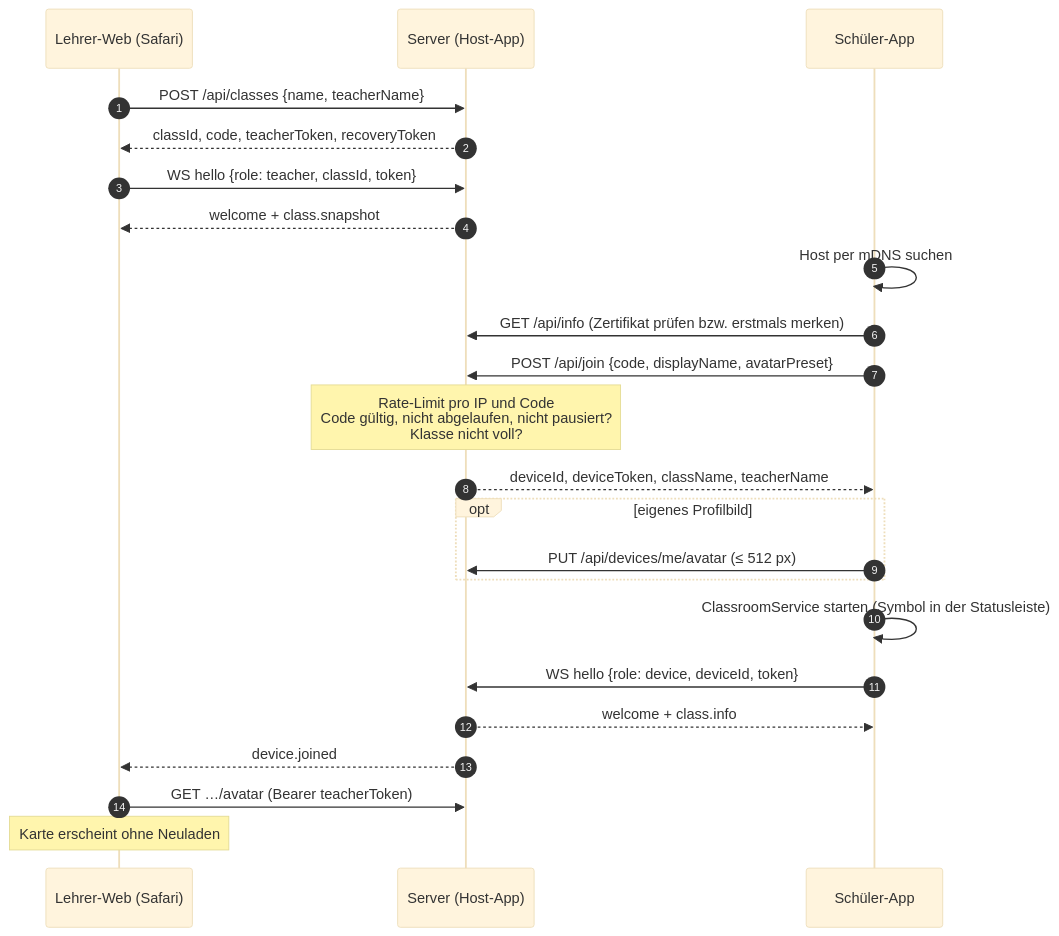
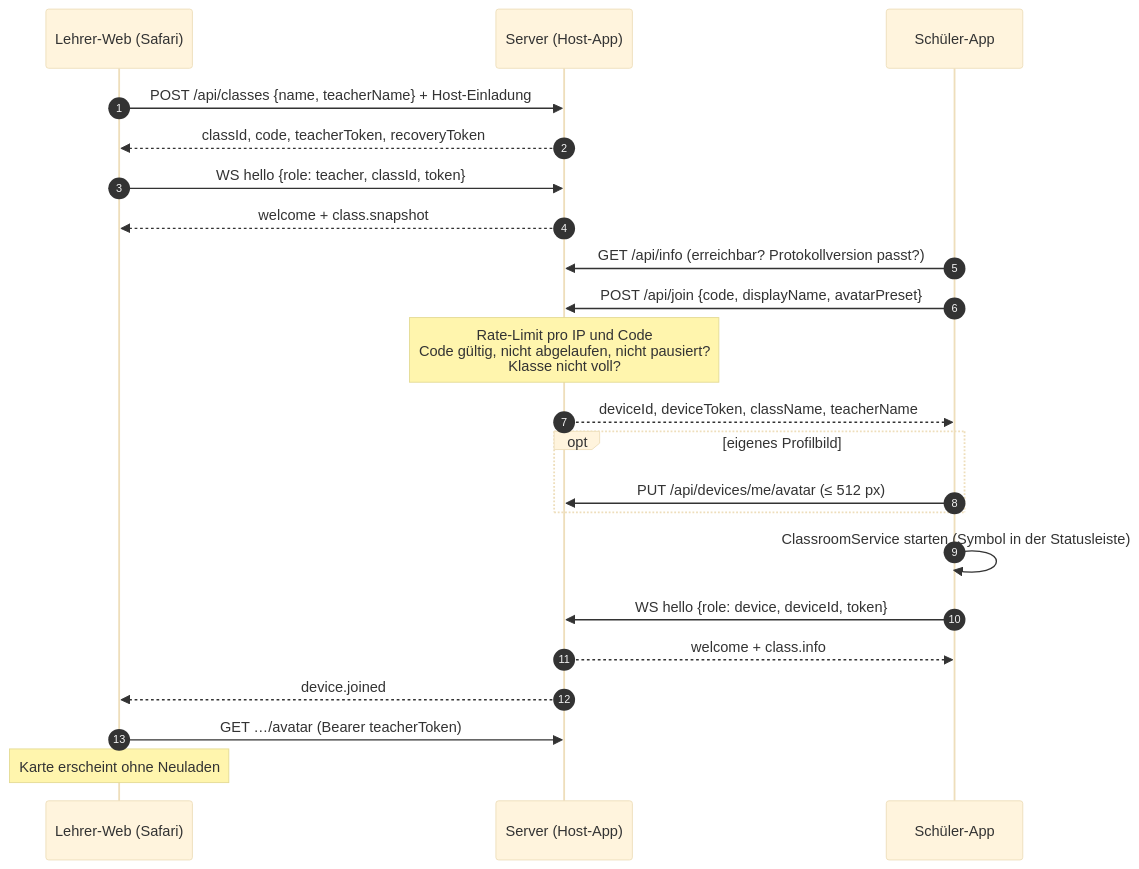
Before and after one commit to realcraftguy-com/Classview: the sixth of 8 diagrams in docs/architecture.md, drawn with Mermaid (base theme). The commit also changed other lines of this file and 3 other files, not shown here.

````diff
--- a/docs/architecture.md
+++ b/docs/architecture.md
@@ -427,27 +463,26 @@
 ```mermaid
 sequenceDiagram
     autonumber
     participant L as Lehrer-Web (Safari)
     participant H as Server (Host-App)
     participant S as Schüler-App
 
-    L->>H: POST /api/classes {name, teacherName}
+    L->>H: POST /api/classes {name, teacherName} + Host-Einladung
     H-->>L: classId, code, teacherToken, recoveryToken
     L->>H: WS hello {role: teacher, classId, token}
     H-->>L: welcome + class.snapshot
 
-    S->>S: Host per mDNS suchen
-    S->>H: GET /api/info (Zertifikat prüfen bzw. erstmals merken)
+    S->>H: GET /api/info (erreichbar? Protokollversion passt?)
     S->>H: POST /api/join {code, displayName, avatarPreset}
     Note over H: Rate-Limit pro IP und Code<br/>Code gültig, nicht abgelaufen, nicht pausiert?<br/>Klasse nicht voll?
     H-->>S: deviceId, deviceToken, className, teacherName
     opt eigenes Profilbild
         S->>H: PUT /api/devices/me/avatar (≤ 512 px)
     end
     S->>S: ClassroomService starten (Symbol in der Statusleiste)
     S->>H: WS hello {role: device, deviceId, token}
     H-->>S: welcome + class.info
     H-->>L: device.joined
     L->>H: GET …/avatar (Bearer teacherToken)
     Note over L: Karte erscheint ohne Neuladen
 ```
````
